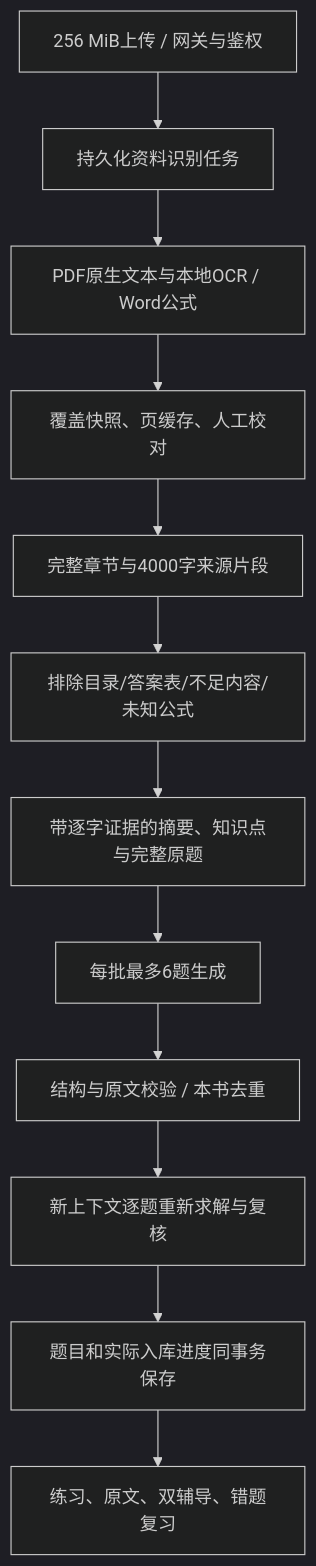
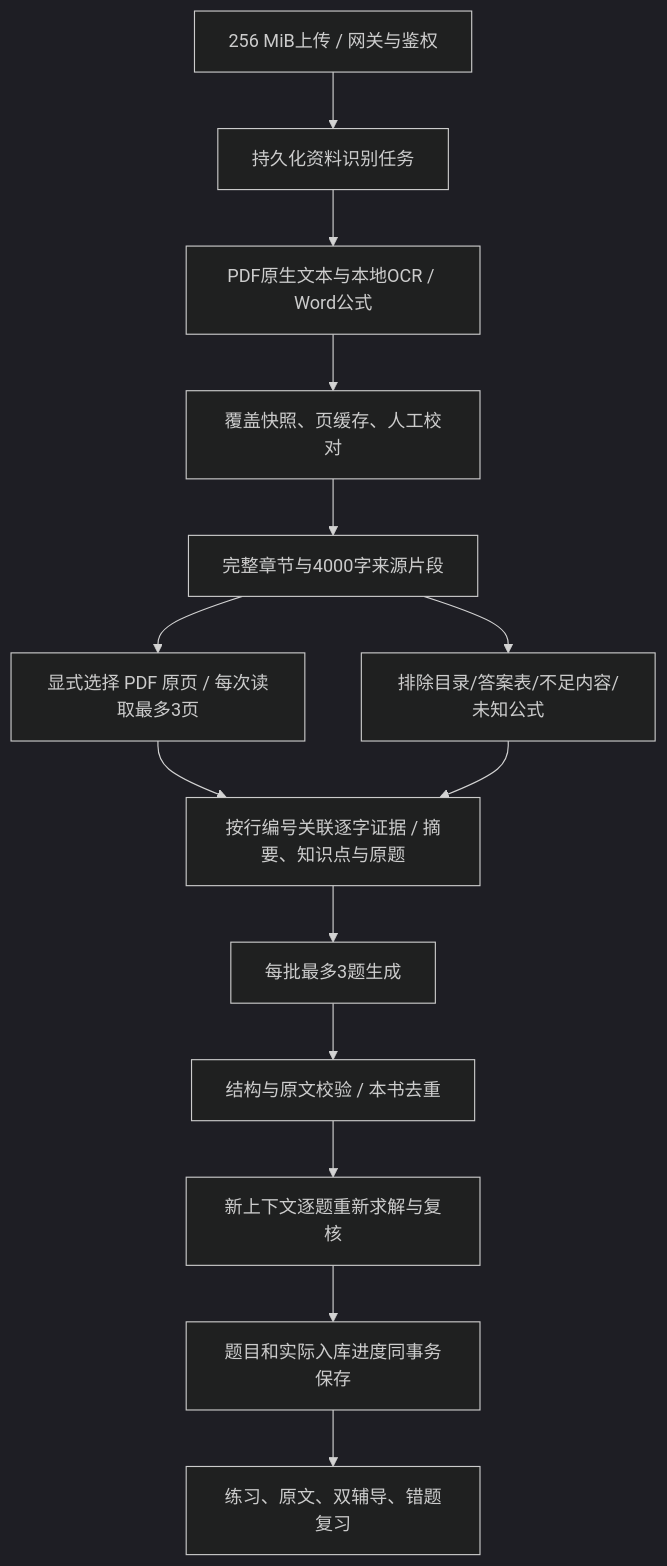
The diagram in docs/learning-studio.md (qing1989620/xinxin-local), drawn with Mermaid (dark theme) before and after one commit. The commit also changed other lines of this file and 26 other files, not shown here.

````diff
--- a/docs/learning-studio.md
+++ b/docs/learning-studio.md
@@ -5,14 +5,16 @@
 ```mermaid
 flowchart TD
   A[256 MiB上传 / 网关与鉴权] --> B[持久化资料识别任务]
   B --> C[PDF原生文本与本地OCR / Word公式]
   C --> D[覆盖快照、页缓存、人工校对]
   D --> E[完整章节与4000字来源片段]
   E --> F[排除目录/答案表/不足内容/未知公式]
-  F --> G[带逐字证据的摘要、知识点与完整原题]
-  G --> H[每批最多6题生成]
+  E --> V[显式选择 PDF 原页 / 每次读取最多3页]
+  V --> G[按行编号关联逐字证据 / 摘要、知识点与原题]
+  F --> G
+  G --> H[每批最多3题生成]
   H --> I[结构与原文校验 / 本书去重]
   I --> J[新上下文逐题重新求解与复核]
   J --> K[题目和实际入库进度同事务保存]
   K --> L[练习、原文、双辅导、错题复习]
 ```
````
